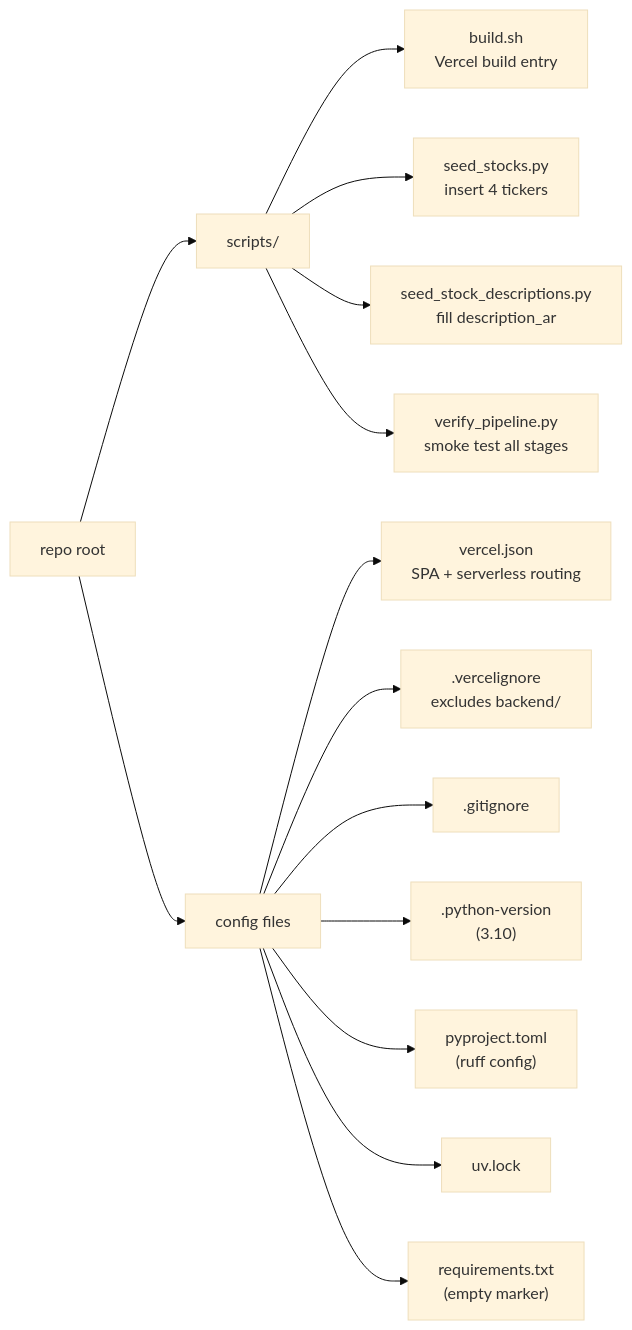
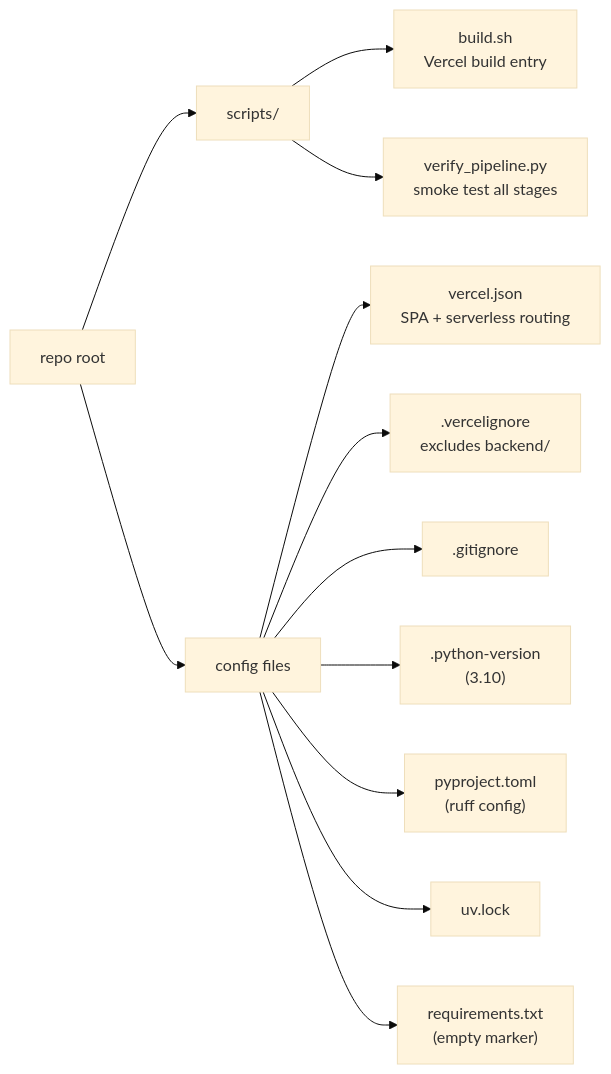
Before and after one commit to Tlvxg/Nabeeh: diagram 13 of 13 in catalog.md, drawn with Mermaid (base theme). The commit also changed other lines of this file and 5 other files, not shown here.

First line of the commit message:
Fix seed_stocks.py and remove stale duplicate seeders

````diff
--- a/catalog.md
+++ b/catalog.md
@@ -488,19 +488,17 @@
 ```mermaid
 flowchart LR
   root[repo root]
   root --> scripts[scripts/]
   root --> cfg[config files]
 
   scripts --> build["build.sh<br/>Vercel build entry"]
-  scripts --> seed["seed_stocks.py<br/>insert 4 tickers"]
-  scripts --> seed2["seed_stock_descriptions.py<br/>fill description_ar"]
   scripts --> verify["verify_pipeline.py<br/>smoke test all stages"]
 
   cfg --> vercel["vercel.json<br/>SPA + serverless routing"]
   cfg --> vignore[".vercelignore<br/>excludes backend/"]
   cfg --> gignore[".gitignore"]
   cfg --> pyver[".python-version<br/>(3.10)"]
   cfg --> pyproj["pyproject.toml<br/>(ruff config)"]
   cfg --> uv["uv.lock"]
   cfg --> rreq["requirements.txt<br/>(empty marker)"]
 ```
````
